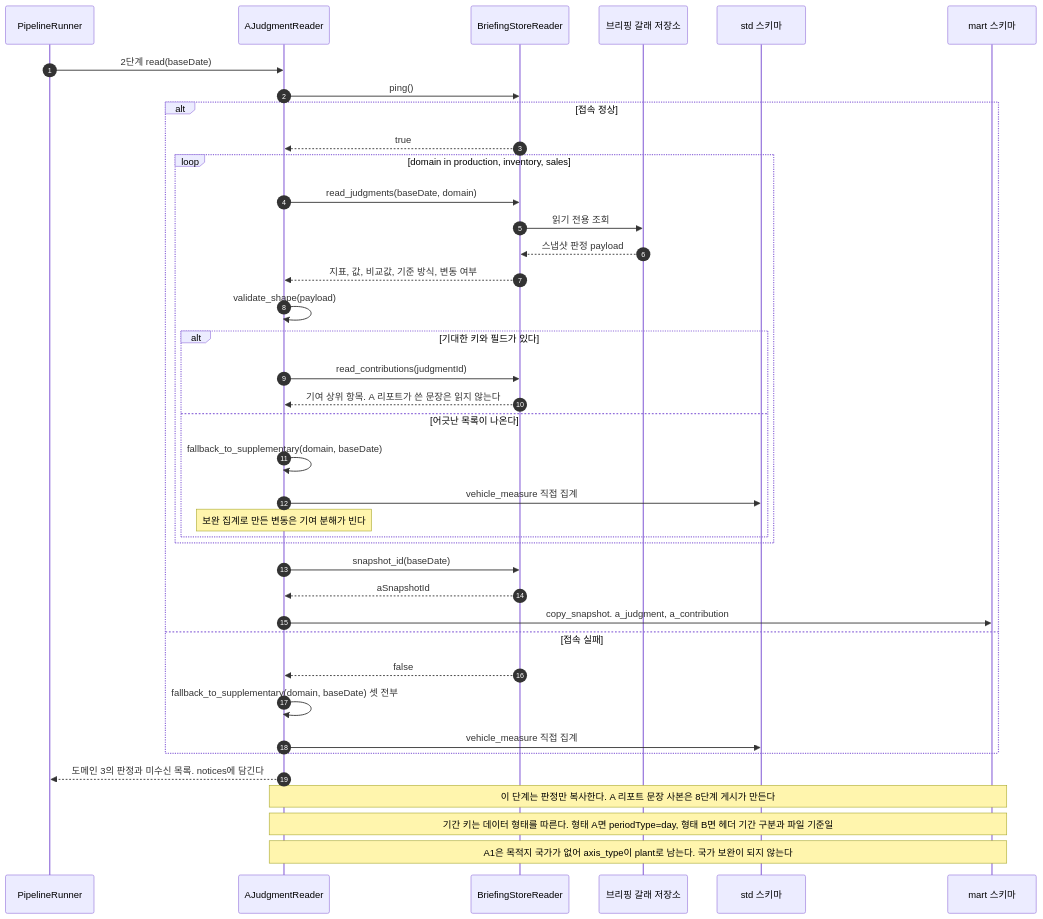
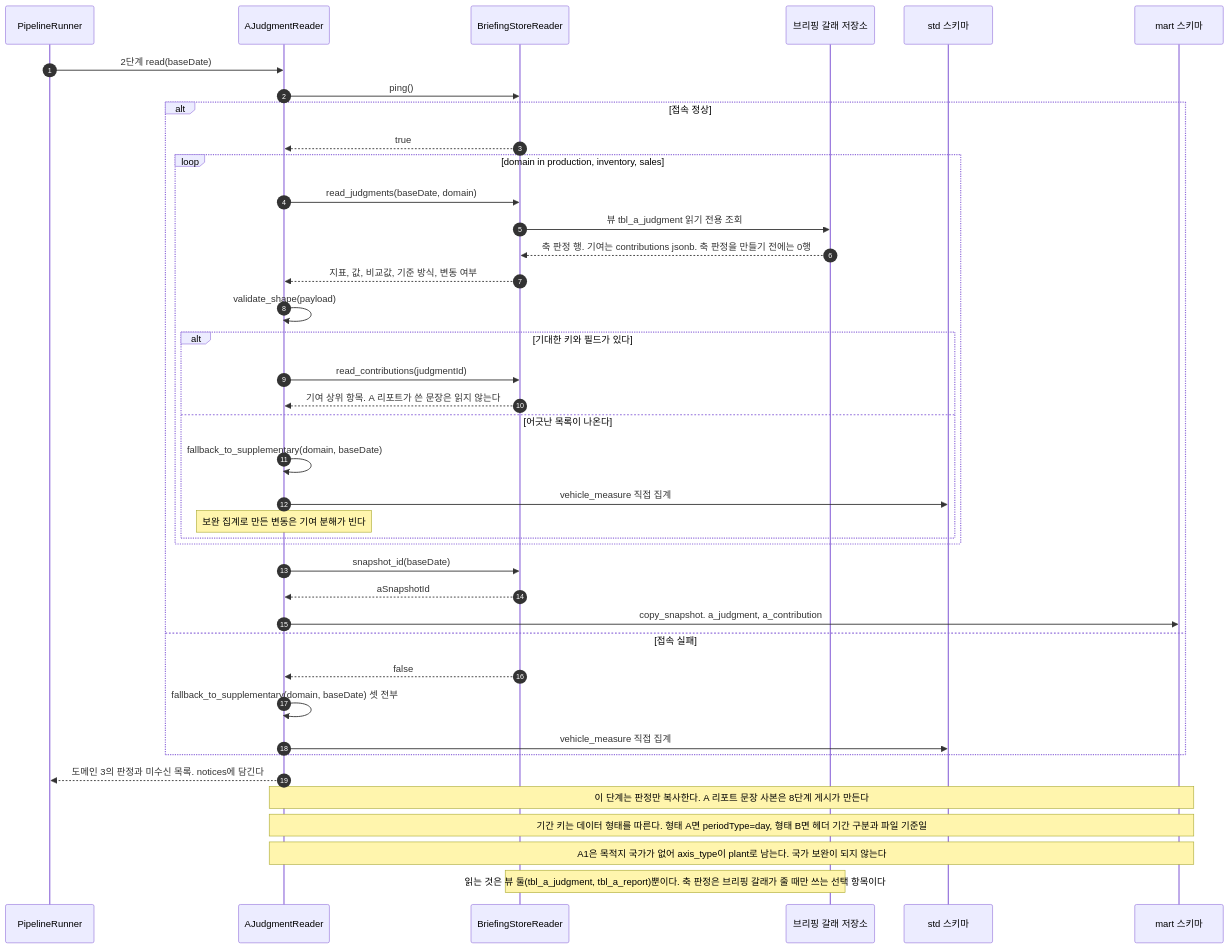
The fifth of 15 diagrams in docs/specs/09-SEQ/TBL-SEQ-002.md (HoyoungParkme/tableau_platform), drawn with Mermaid before and after one commit. The commit also changed other lines of this file, not shown here.

Commit message:
유저 결정 2026-10-01 반영: SEQ-5 뷰 tbl_a_judgment와 0행 갈래, SEQ-11 뷰 tbl_a_report·build_domain_blocks(mart·std) 화살표, 8장 미결 둘 해소.

````diff
--- a/docs/specs/09-SEQ/TBL-SEQ-002.md
+++ b/docs/specs/09-SEQ/TBL-SEQ-002.md
@@ -373,41 +373,42 @@
 ```mermaid
 sequenceDiagram
   autonumber
   participant RUN as PipelineRunner
   participant AJR as AJudgmentReader
   participant BSR as BriefingStoreReader
   participant BRIEF as 브리핑 갈래 저장소
   participant DB_STD as std 스키마
   participant DB_MART as mart 스키마
   RUN->>AJR: 2단계 read(baseDate)
   AJR->>BSR: ping()
   alt 접속 정상
     BSR-->>AJR: true
     loop domain in production, inventory, sales
       AJR->>BSR: read_judgments(baseDate, domain)
-      BSR->>BRIEF: 읽기 전용 조회
-      BRIEF-->>BSR: 스냅샷 판정 payload
+      BSR->>BRIEF: 뷰 tbl_a_judgment 읽기 전용 조회
+      BRIEF-->>BSR: 축 판정 행. 기여는 contributions jsonb. 축 판정을 만들기 전에는 0행
       BSR-->>AJR: 지표, 값, 비교값, 기준 방식, 변동 여부
       AJR->>AJR: validate_shape(payload)
       alt 기대한 키와 필드가 있다
         AJR->>BSR: read_contributions(judgmentId)
         BSR-->>AJR: 기여 상위 항목. A 리포트가 쓴 문장은 읽지 않는다
       else 어긋난 목록이 나온다
         AJR->>AJR: fallback_to_supplementary(domain, baseDate)
         AJR->>DB_STD: vehicle_measure 직접 집계
         Note over AJR: 보완 집계로 만든 변동은 기여 분해가 빈다
       end
     end
     AJR->>BSR: snapshot_id(baseDate)
     BSR-->>AJR: aSnapshotId
     AJR->>DB_MART: copy_snapshot. a_judgment, a_contribution
   else 접속 실패
     BSR-->>AJR: false
     AJR->>AJR: fallback_to_supplementary(domain, baseDate) 셋 전부
     AJR->>DB_STD: vehicle_measure 직접 집계
   end
   AJR-->>RUN: 도메인 3의 판정과 미수신 목록. notices에 담긴다
   Note over AJR,DB_MART: 이 단계는 판정만 복사한다. A 리포트 문장 사본은 8단계 게시가 만든다
   Note over AJR,DB_MART: 기간 키는 데이터 형태를 따른다. 형태 A면 periodType=day, 형태 B면 헤더 기간 구분과 파일 기준일
   Note over AJR,DB_MART: A1은 목적지 국가가 없어 axis_type이 plant로 남는다. 국가 보완이 되지 않는다
+  Note over BSR,BRIEF: 읽는 것은 뷰 둘(tbl_a_judgment, tbl_a_report)뿐이다. 축 판정은 브리핑 갈래가 줄 때만 쓰는 선택 항목이다
 ```
````
